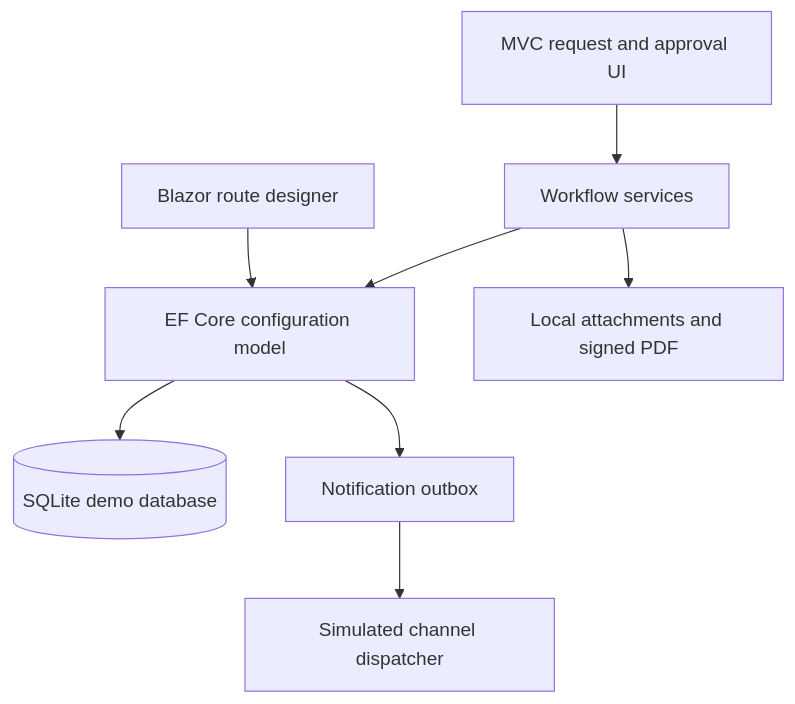
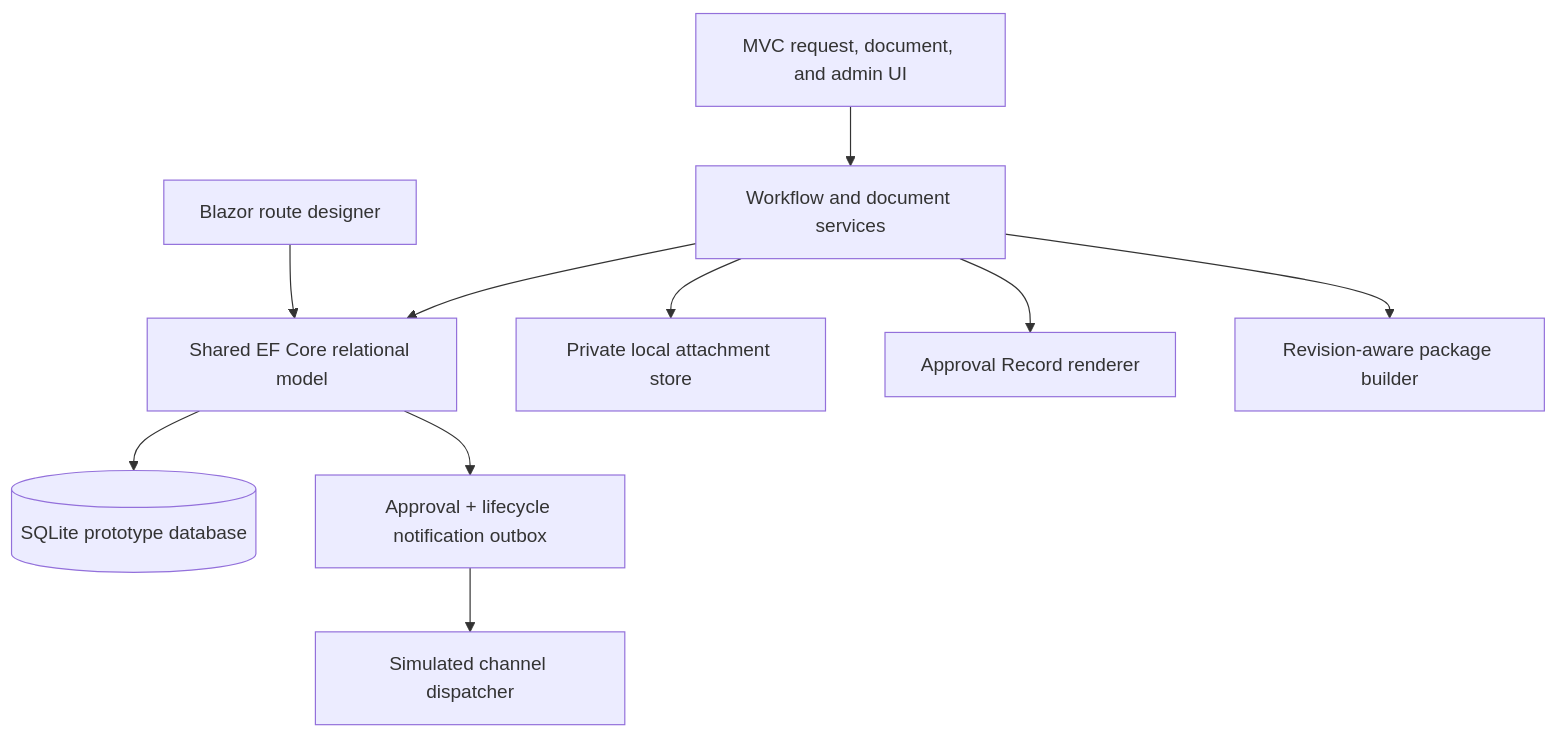
The first of 4 diagrams in docs/architecture.md (cjlitson/document-approval-demo), drawn with Mermaid before and after one commit. The commit also changed other lines of this file and 51 other files, not shown here.

````diff
--- a/docs/architecture.md
+++ b/docs/architecture.md
@@ -5,10 +5,12 @@
 ```mermaid
 flowchart TD
-    UI["MVC request and approval UI"] --> API["Workflow services"]
-    Designer["Blazor route designer"] --> EF["EF Core configuration model"]
-    API --> EF
-    EF --> SQLite[("SQLite demo database")]
-    API --> Files["Local attachments and signed PDF"]
-    EF --> Outbox["Notification outbox"]
+    MVC["MVC request, document, and admin UI"] --> Services["Workflow and document services"]
+    Designer["Blazor route designer"] --> EF["Shared EF Core relational model"]
+    Services --> EF
+    EF --> SQLite[("SQLite prototype database")]
+    Services --> Files["Private local attachment store"]
+    Services --> PDF["Approval Record renderer"]
+    Services --> ZIP["Revision-aware package builder"]
+    EF --> Outbox["Approval + lifecycle notification outbox"]
     Outbox --> Worker["Simulated channel dispatcher"]
 ```
````
